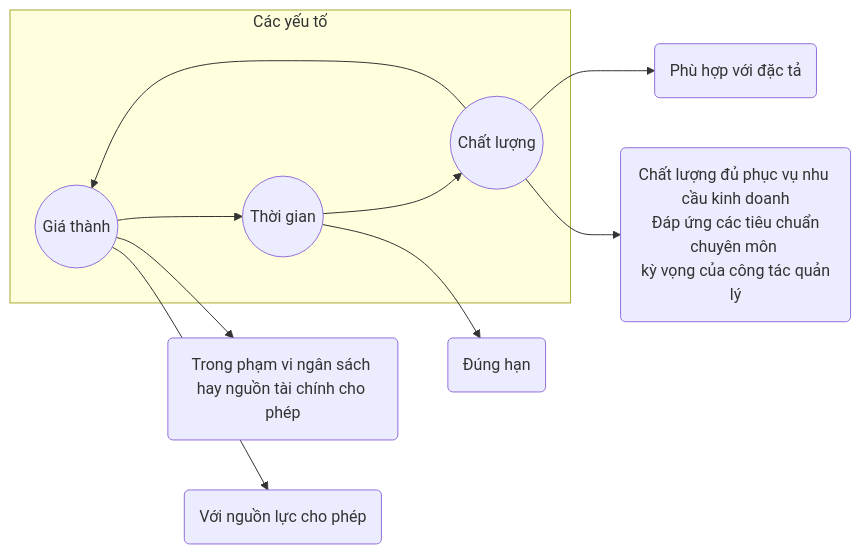
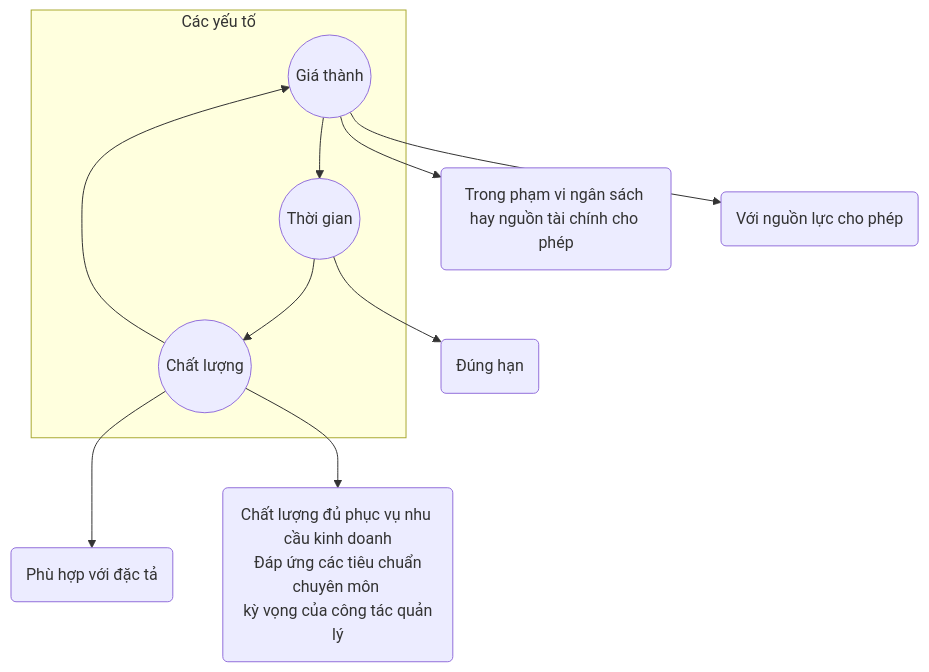
The first of 3 diagrams in beca_notes/HUST/2022.1/software_intro/Chap4 - Quản lý dự án.md (becacabe2002/Obs_notes), drawn with Mermaid before and after one commit. The commit also changed other lines of this file and 162 other files, not shown here.

````diff
--- a/beca_notes/HUST/2022.1/software_intro/Chap4 - Quản lý dự án.md
+++ b/beca_notes/HUST/2022.1/software_intro/Chap4 - Quản lý dự án.md
@@ -36,11 +36,11 @@
 ```mermaid
-graph LR
+graph TD
 	subgraph Các yếu tố
 		ob1((Giá thành)) --> ob2((Thời gian)) -->ob3((Chất lượng)) -->ob1
 	 end
 	 ob1 --> a1(Trong phạm vi ngân sách <br>hay nguồn tài chính cho phép)
 	 ob2 --> a2(Đúng hạn)
 	 ob1 --> a3(Với nguồn lực cho phép)
 	 ob3 --> a4(Phù hợp với đặc tả)
 	 ob3 --> a5(Chất lượng đủ phục vụ nhu cầu kinh doanh<br> Đáp ứng các tiêu chuẩn chuyên môn <br> kỳ vọng của công tác quản lý)
 ```
````
